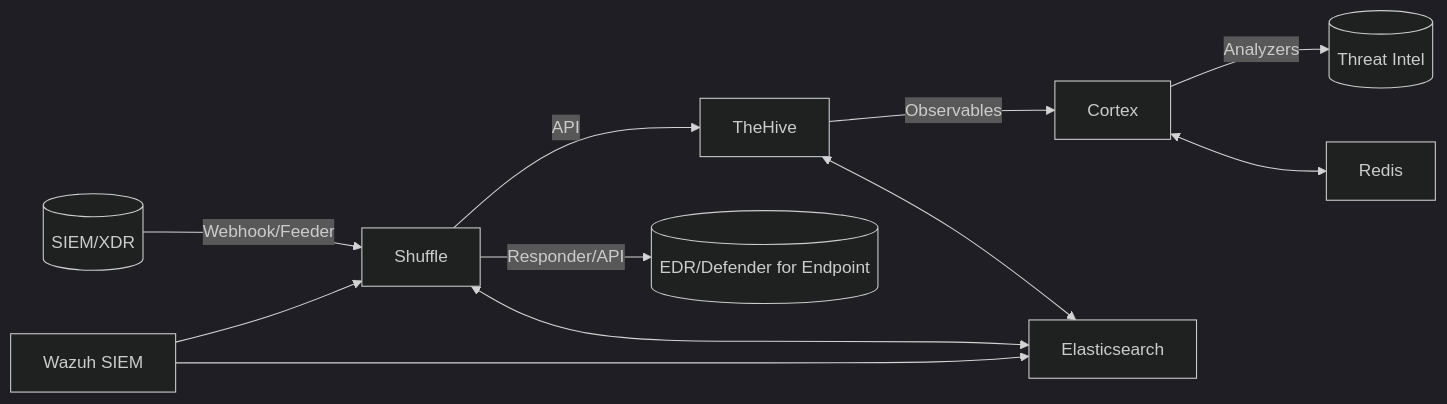
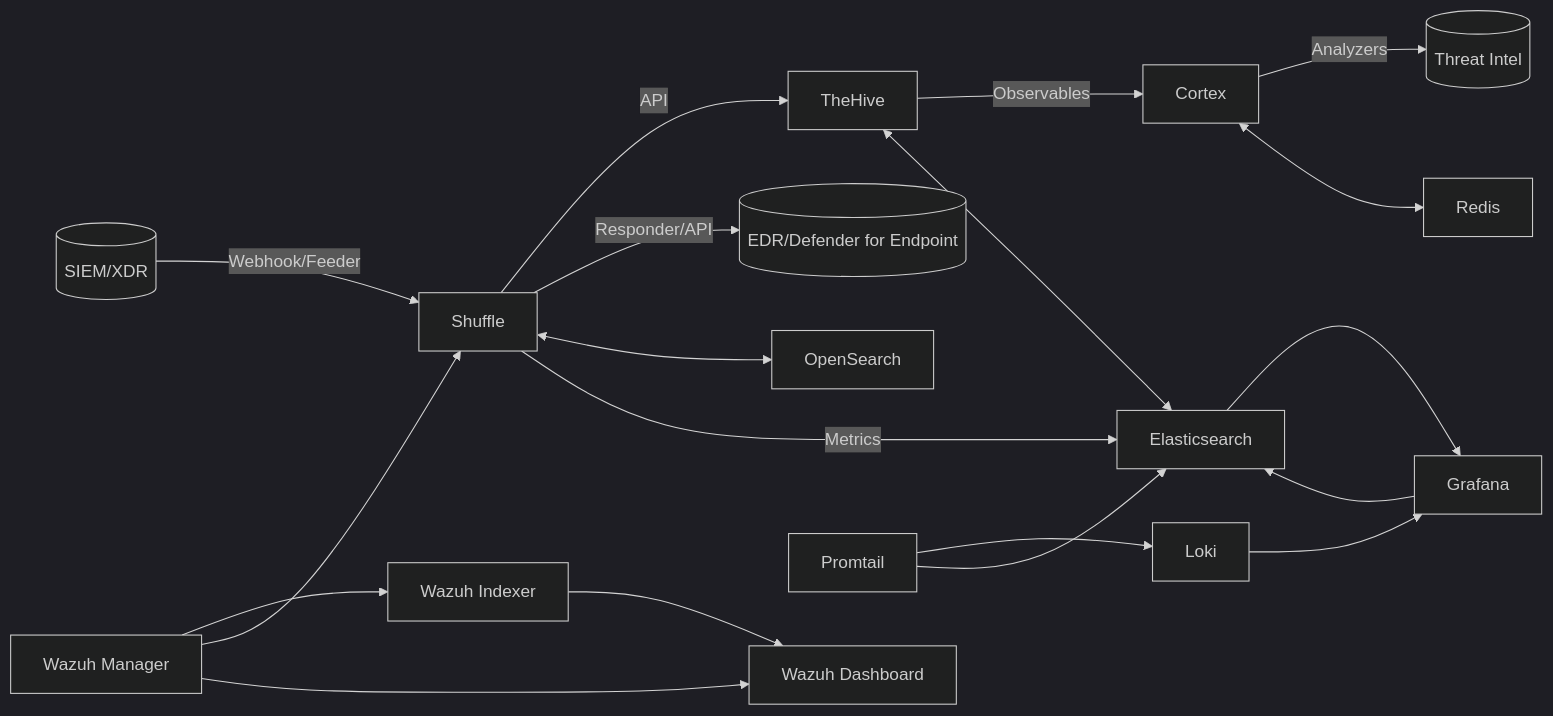
The diagram in README.md (alesanfe/soar-ransomware-lab), drawn with Mermaid (dark theme) before and after one commit. The commit also changed other lines of this file and 700 other files, not shown here.

````diff
--- a/README.md
+++ b/README.md
@@ -28,13 +51,21 @@
 ```mermaid
 flowchart LR
   SIEM[(SIEM/XDR)] -- Webhook/Feeder --> Shuffle
   Shuffle -- API --> TheHive
   TheHive -- Observables --> Cortex
   Cortex -- Analyzers --> TI[(Threat Intel)]
   Shuffle -- Responder/API --> EDR[(EDR/Defender for Endpoint)]
   TheHive <--> Elasticsearch
   Cortex <--> Redis
-  Shuffle <--> Elasticsearch
-  Wazuh[Wazuh SIEM] --> Elasticsearch
+  Shuffle <--> OpenSearch[OpenSearch]
+  Wazuh[Wazuh Manager] --> WazuhIndexer[Wazuh Indexer]
   Wazuh --> Shuffle
+  Wazuh --> WazuhDashboard[Wazuh Dashboard]
+  WazuhIndexer --> WazuhDashboard
+  Shuffle -- Metrics --> Elasticsearch
+  Elasticsearch --> Grafana[Grafana]
+  Promtail[Promtail] --> Loki[Loki]
+  Loki --> Grafana
+  Promtail --> Elasticsearch
+  Grafana --> Elasticsearch
 ```
````
